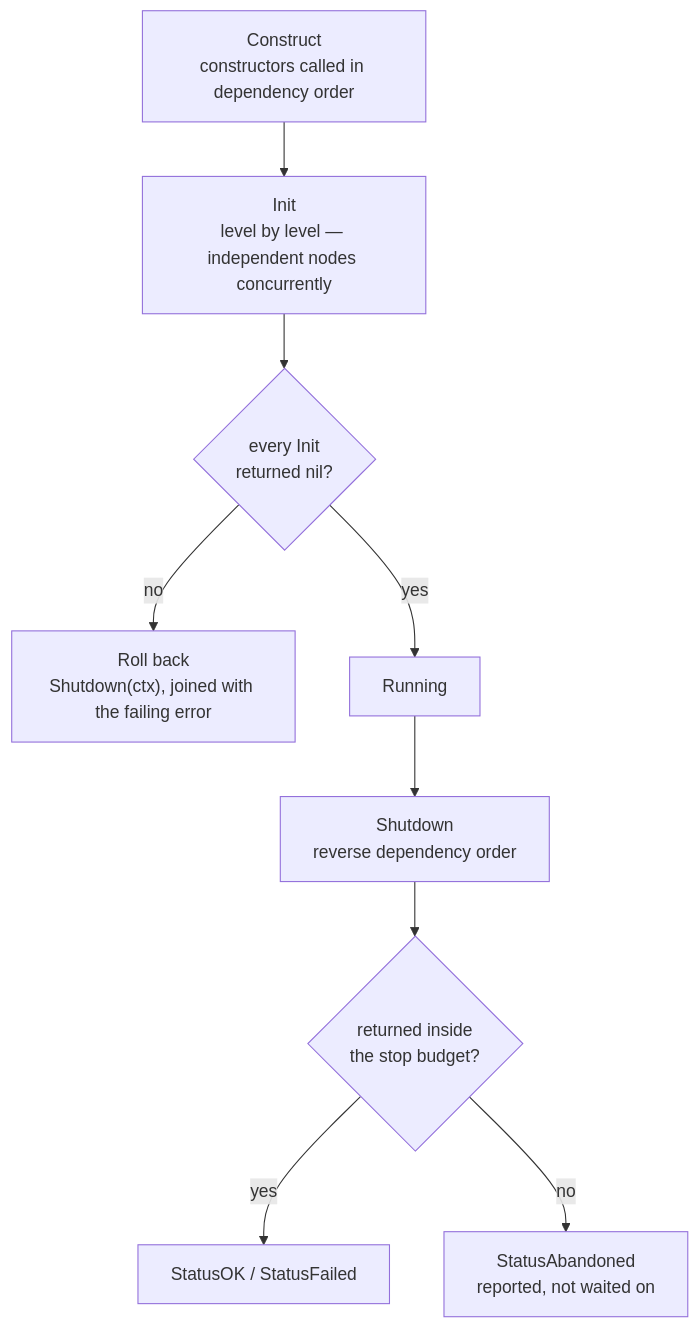
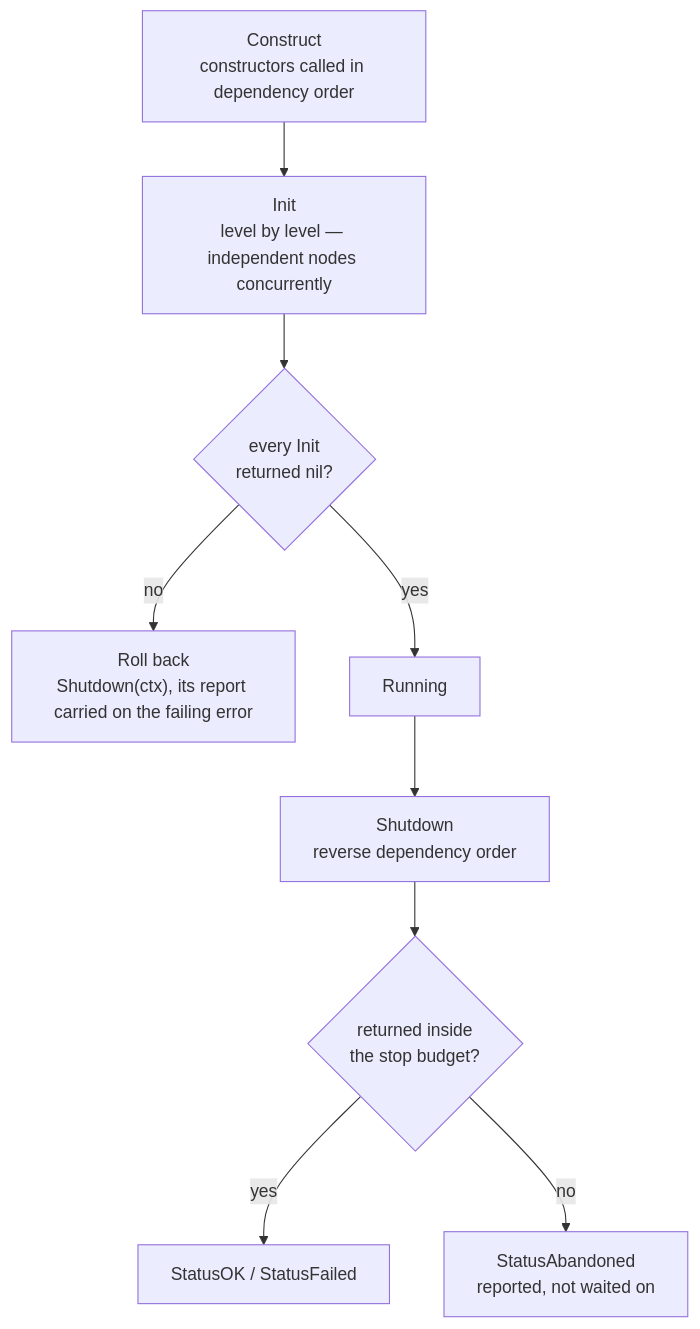
The second of 2 diagrams in docs/index.md (okian/servo), drawn with Mermaid before and after one commit. The commit also changed other lines of this file and 322 other files, not shown here.

````diff
--- a/docs/index.md
+++ b/docs/index.md
@@ -37,18 +37,18 @@
 ```mermaid
 flowchart TD
     C["Construct<br/>constructors called in dependency order"]
     I["Init<br/>level by level — independent nodes concurrently"]
     OK{"every Init<br/>returned nil?"}
-    RB["Roll back<br/>Shutdown(ctx), joined with the failing error"]
+    RB["Roll back<br/>Shutdown(ctx), its report carried on the failing error"]
     RUN["Running"]
     S["Shutdown<br/>reverse dependency order"]
     B{"returned inside<br/>the stop budget?"}
     DONE["StatusOK / StatusFailed"]
     AB["StatusAbandoned<br/>reported, not waited on"]
 
     C --> I --> OK
     OK -- no --> RB
     OK -- yes --> RUN --> S --> B
     B -- yes --> DONE
     B -- no --> AB
 ```
````
